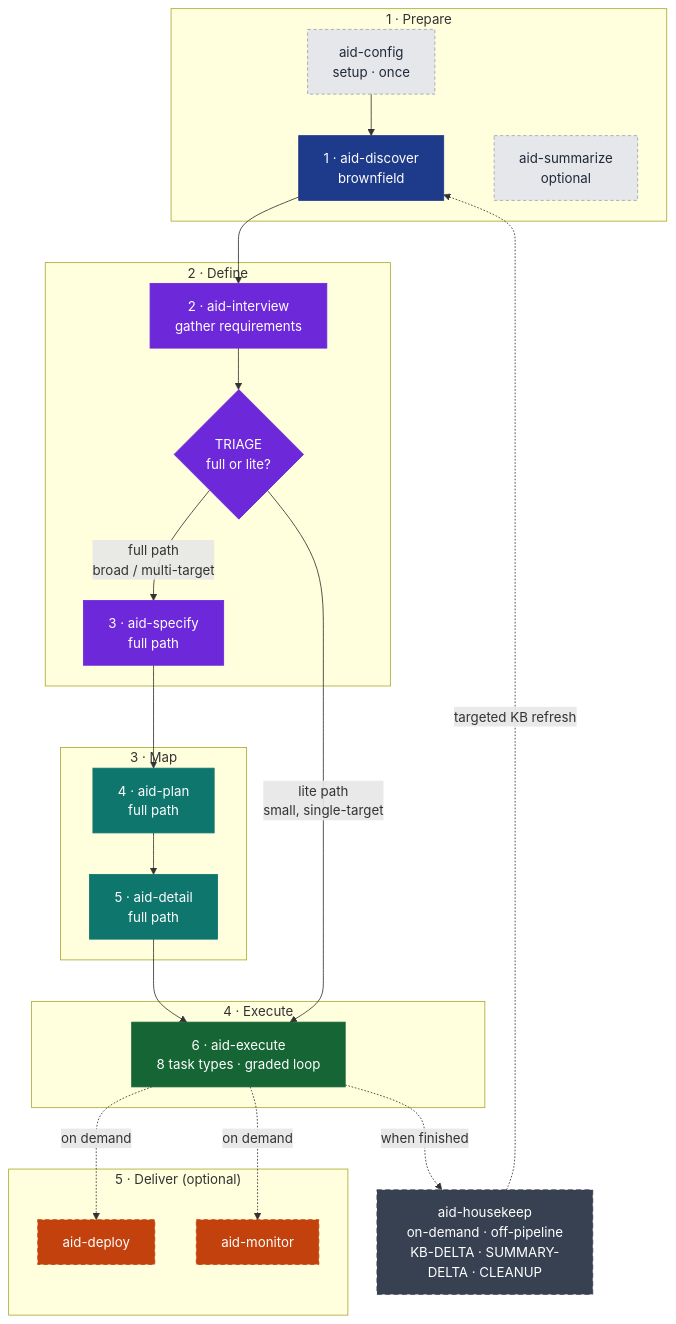
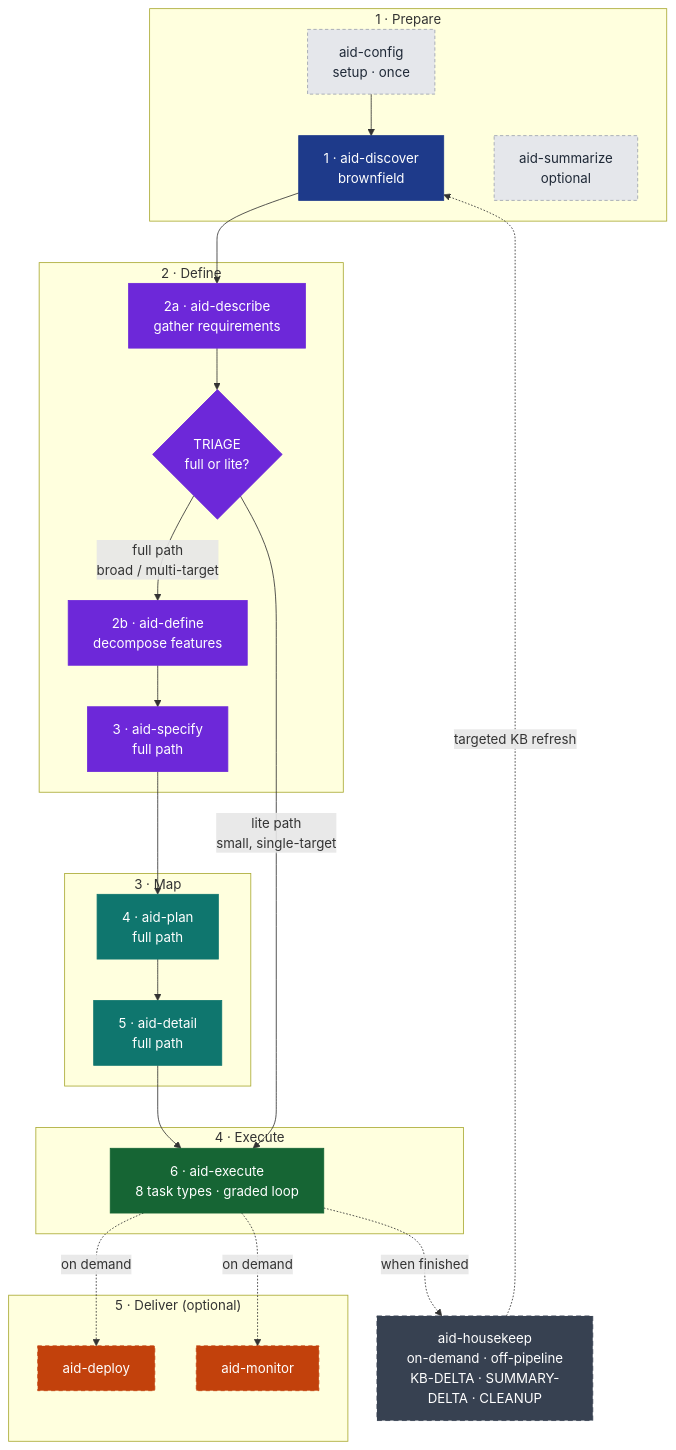
One commit to AndreVianna/aid-methodology changed the diagram in README.md. Above: the diagram before and after it, drawn with Mermaid. The commit also changed other lines of this file and 962 other files, not shown here.

````diff
--- a/README.md
+++ b/README.md
@@ -15,42 +15,43 @@
 ```mermaid
 flowchart TB
     classDef prep    fill:#1E3A8A,stroke:#1E3A8A,color:#ffffff
     classDef def     fill:#6D28D9,stroke:#6D28D9,color:#ffffff
     classDef map     fill:#0F766E,stroke:#0F766E,color:#ffffff
     classDef exe     fill:#166534,stroke:#166534,color:#ffffff
     classDef delopt  fill:#C2410C,stroke:#C2410C,color:#ffffff,stroke-dasharray:5 4
     classDef aux     fill:#E5E7EB,stroke:#9CA3AF,color:#1F2937,stroke-dasharray:4 3
     classDef offpipe fill:#374151,stroke:#374151,color:#ffffff,stroke-dasharray:6 4
 
     subgraph G1[" 1 · Prepare "]
         Init["aid-config<br/>setup · once"]:::aux
         Disc["1 · aid-discover<br/>brownfield"]:::prep
         Sum["aid-summarize<br/>optional"]:::aux
     end
     subgraph G2[" 2 · Define "]
-        Intv["2 · aid-interview<br/>gather requirements"]:::def
+        Desc["2a · aid-describe<br/>gather requirements"]:::def
         Triage{"TRIAGE<br/>full or lite?"}:::def
+        Def["2b · aid-define<br/>decompose features"]:::def
         Spec["3 · aid-specify<br/>full path"]:::def
     end
     subgraph G3[" 3 · Map "]
         Plan["4 · aid-plan<br/>full path"]:::map
         Det["5 · aid-detail<br/>full path"]:::map
     end
     subgraph G4[" 4 · Execute "]
         Exe["6 · aid-execute<br/>8 task types · graded loop"]:::exe
     end
     subgraph G5[" 5 · Deliver (optional) "]
         Dep["aid-deploy"]:::delopt
         Mon["aid-monitor"]:::delopt
     end
 
     HK["aid-housekeep<br/>on-demand · off-pipeline<br/>KB-DELTA · SUMMARY-DELTA · CLEANUP"]:::offpipe
 
-    Init --> Disc --> Intv --> Triage
-    Triage -- "full path<br/>broad / multi-target" --> Spec --> Plan --> Det --> Exe
+    Init --> Disc --> Desc --> Triage
+    Triage -- "full path<br/>broad / multi-target" --> Def --> Spec --> Plan --> Det --> Exe
     Triage -- "lite path<br/>small, single-target" --> Exe
     Exe -. "on demand" .-> Dep
     Exe -. "on demand" .-> Mon
     Exe -. "when finished" .-> HK
     HK  -. "targeted KB refresh" .-> Disc
 ```
````
